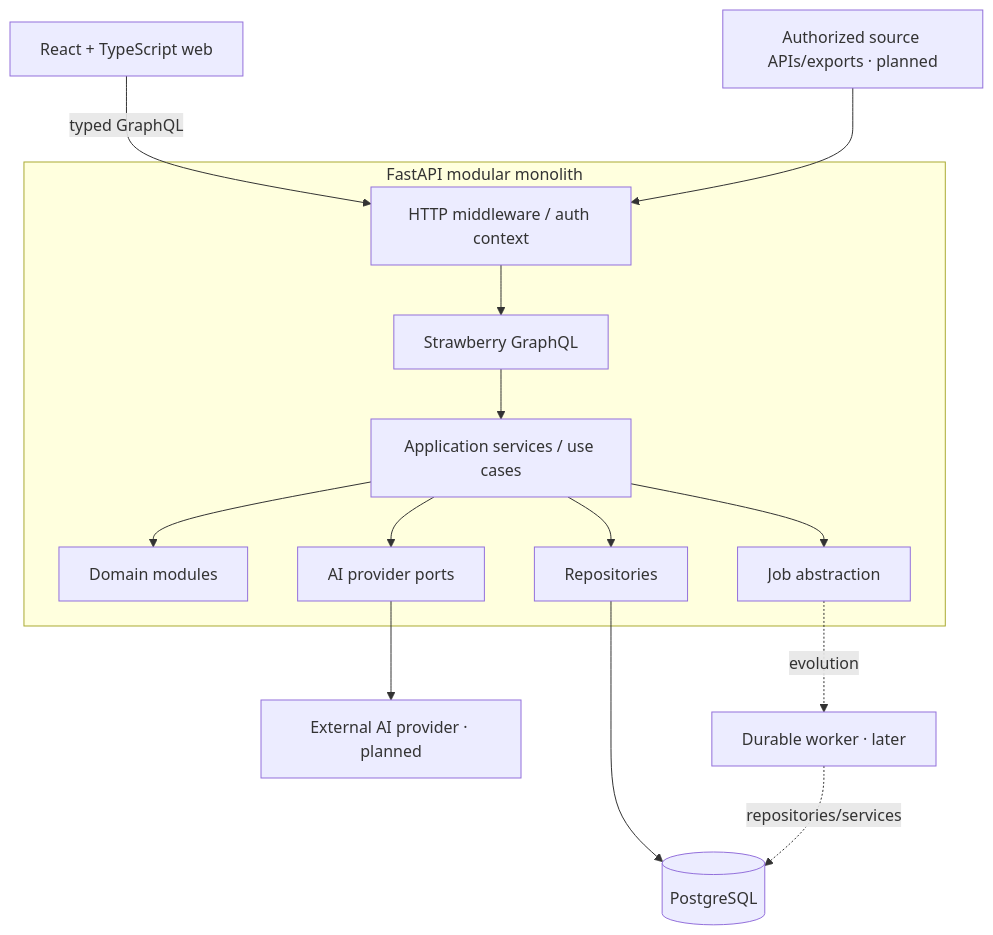
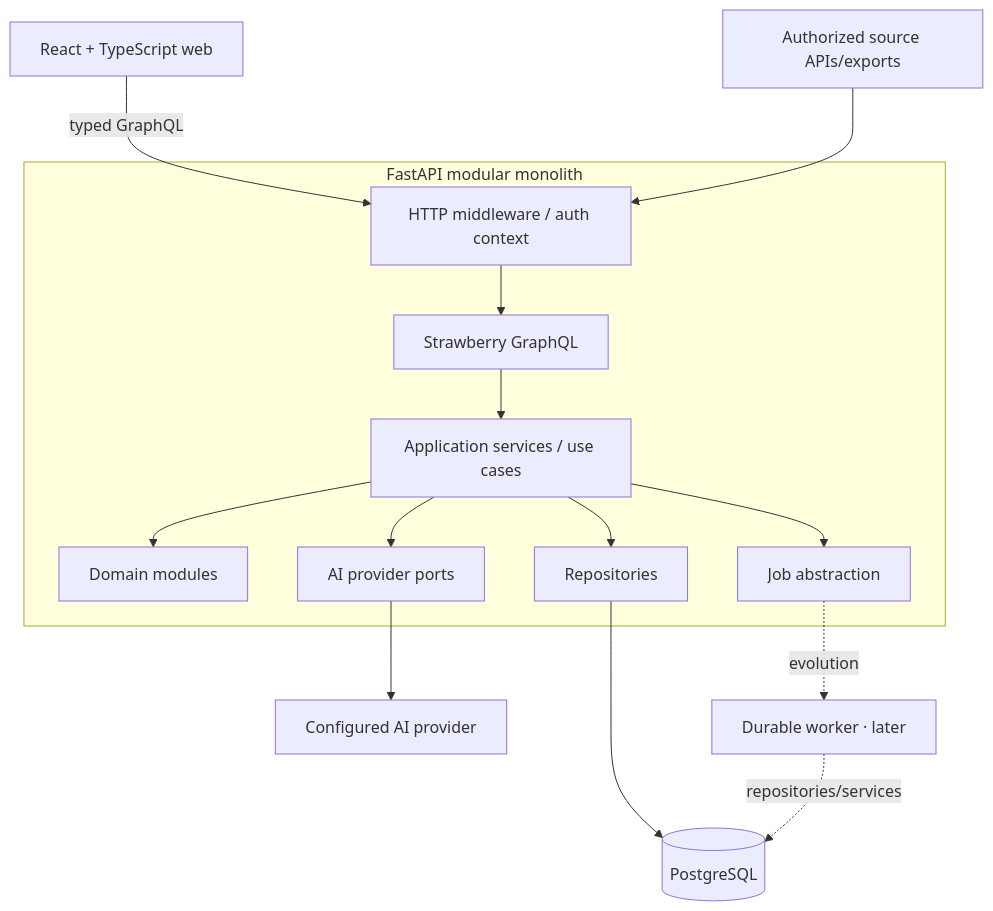
The third of 4 diagrams in docs/architecture.md (DIECINIUM/Expensea), drawn with Mermaid before and after one commit. The commit also changed other lines of this file and 8 other files, not shown here.

````diff
--- a/docs/architecture.md
+++ b/docs/architecture.md
@@ -101,28 +108,28 @@
 ```mermaid
 flowchart TB
     Browser[React + TypeScript web]
 
     subgraph API["FastAPI modular monolith"]
         HTTP[HTTP middleware / auth context]
         GraphQL[Strawberry GraphQL]
         UseCases[Application services / use cases]
         Modules[Domain modules]
         Repos[Repositories]
         Jobs[Job abstraction]
         AI[AI provider ports]
     end
 
     DB[(PostgreSQL)]
-    Provider[External AI provider · planned]
-    Sources[Authorized source APIs/exports · planned]
+    Provider[Configured AI provider]
+    Sources[Authorized source APIs/exports]
     Worker[Durable worker · later]
 
     Browser -->|typed GraphQL| HTTP --> GraphQL --> UseCases
     UseCases --> Modules
     UseCases --> Repos --> DB
     UseCases --> Jobs
     UseCases --> AI --> Provider
     Sources --> HTTP
     Jobs -. evolution .-> Worker
     Worker -. repositories/services .-> DB
 ```
````
